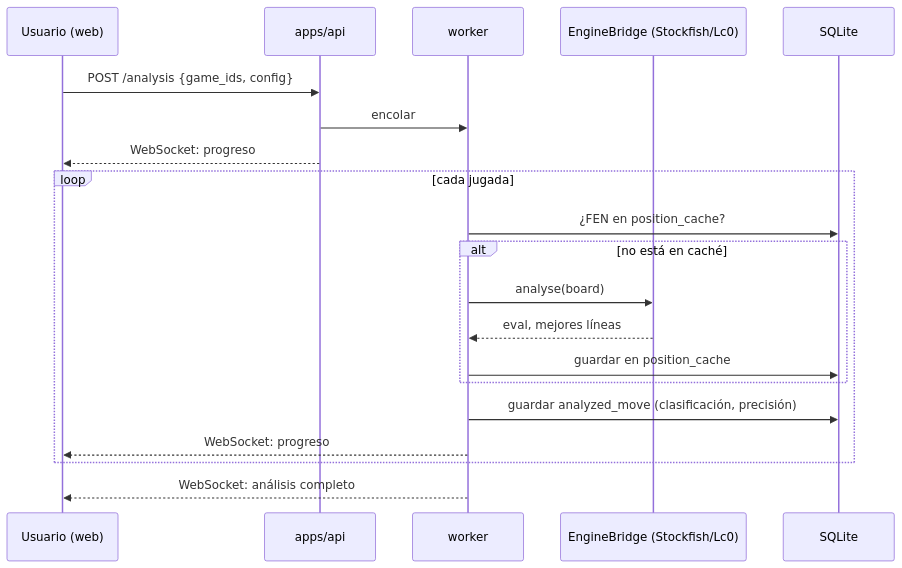
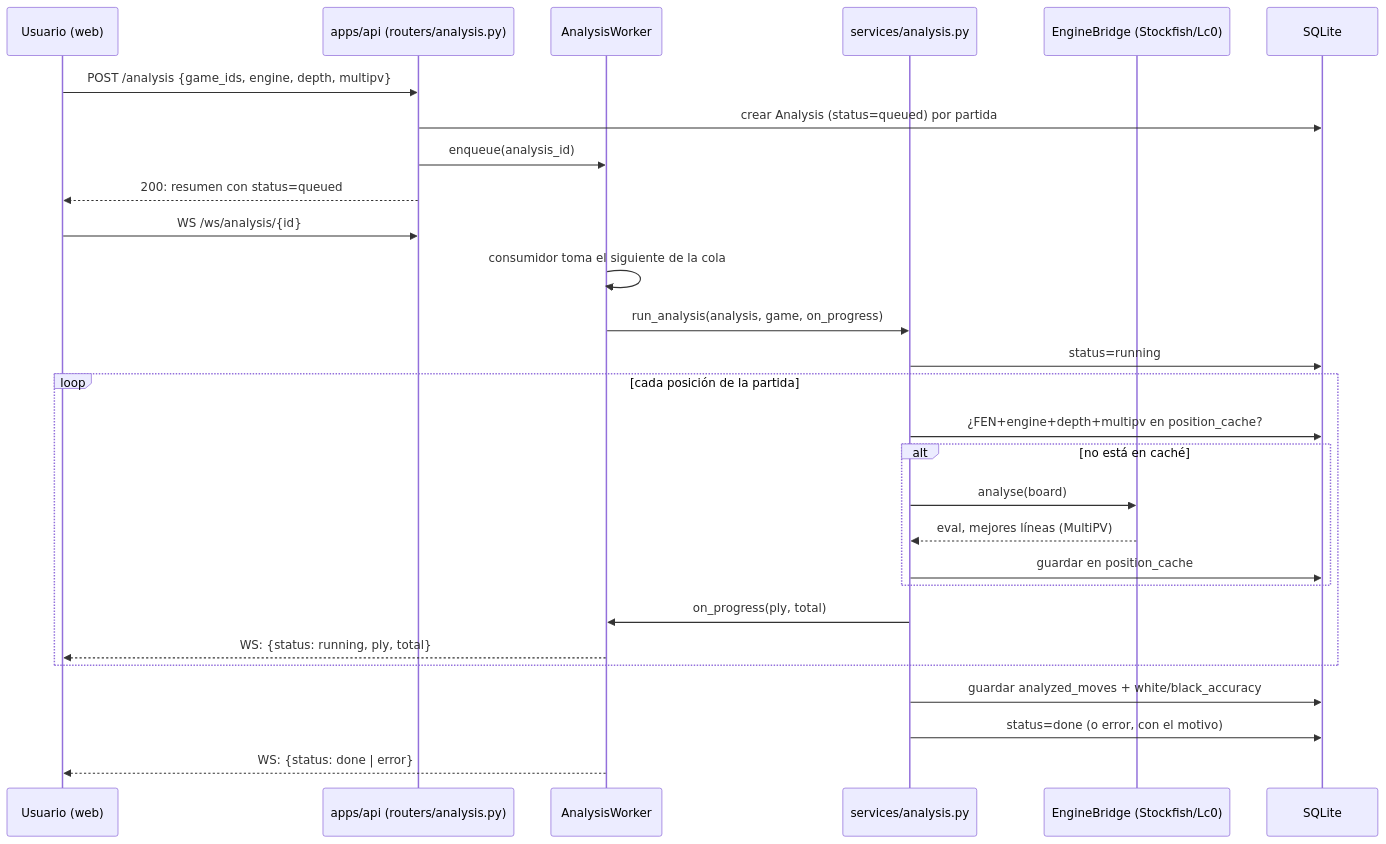
One commit to SirJsus/LUCIA changed the fourth of 4 diagrams in docs/06-mapa-del-proyecto.md. Above: the diagram before and after it, drawn with Mermaid. The commit also changed other lines of this file and 79 other files, not shown here.

Commit message:
API, web y dashboard

````diff
--- a/docs/06-mapa-del-proyecto.md
+++ b/docs/06-mapa-del-proyecto.md
@@ -131,23 +124,32 @@
 ```mermaid
 sequenceDiagram
     participant U as Usuario (web)
-    participant A as apps/api
-    participant W as worker
+    participant A as apps/api (routers/analysis.py)
+    participant WK as AnalysisWorker
+    participant S as services/analysis.py
     participant E as EngineBridge (Stockfish/Lc0)
     participant DB as SQLite
 
-    U->>A: POST /analysis {game_ids, config}
-    A->>W: encolar
-    A-->>U: WebSocket: progreso
-    loop cada jugada
-        W->>DB: ¿FEN en position_cache?
+    U->>A: POST /analysis {game_ids, engine, depth, multipv}
+    A->>DB: crear Analysis (status=queued) por partida
+    A->>WK: enqueue(analysis_id)
+    A-->>U: 200: resumen con status=queued
+
+    U->>A: WS /ws/analysis/{id}
+    WK->>WK: consumidor toma el siguiente de la cola
+    WK->>S: run_analysis(analysis, game, on_progress)
+    S->>DB: status=running
+    loop cada posición de la partida
+        S->>DB: ¿FEN+engine+depth+multipv en position_cache?
         alt no está en caché
-            W->>E: analyse(board)
-            E-->>W: eval, mejores líneas
-            W->>DB: guardar en position_cache
+            S->>E: analyse(board)
+            E-->>S: eval, mejores líneas (MultiPV)
+            S->>DB: guardar en position_cache
         end
-        W->>DB: guardar analyzed_move (clasificación, precisión)
-        W-->>U: WebSocket: progreso
+        S->>WK: on_progress(ply, total)
+        WK-->>U: WS: {status: running, ply, total}
     end
-    W-->>U: WebSocket: análisis completo
+    S->>DB: guardar analyzed_moves + white/black_accuracy
+    S->>DB: status=done (o error, con el motivo)
+    WK-->>U: WS: {status: done | error}
 ```
````
